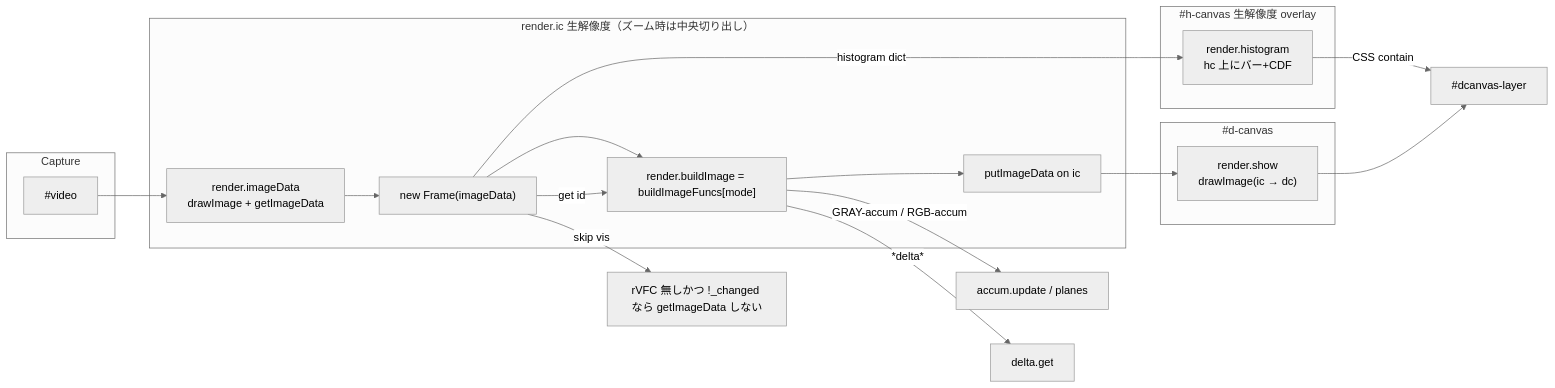
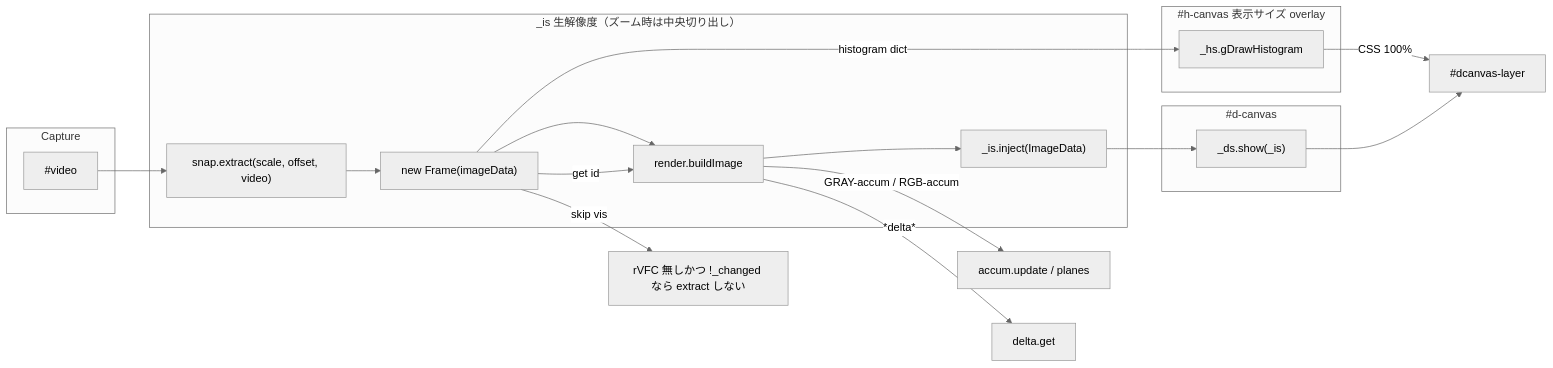
Before and after one commit to mfujimoto-code/JSCam: the second of 4 diagrams in jscam/cam2-design.md, drawn with Mermaid (neutral theme). The commit also changed other lines of this file and 1 other file, not shown here.

````diff
--- a/jscam/cam2-design.md
+++ b/jscam/cam2-design.md
@@ -234,32 +237,32 @@
 ```mermaid
 flowchart LR
   subgraph Capture
     V["#video"]
   end
 
-  subgraph Internal["render.ic 生解像度（ズーム時は中央切り出し）"]
-    GI["render.imageData<br/>drawImage + getImageData"]
+  subgraph Internal["_is 生解像度（ズーム時は中央切り出し）"]
+    GI["snap.extract(scale, offset, video)"]
     FR["new Frame(imageData)"]
-    BI["render.buildImage = buildImageFuncs[mode]"]
-    PI["putImageData on ic"]
+    BI["render.buildImage"]
+    PI["_is.inject(ImageData)"]
   end
 
-  subgraph Overlay["#h-canvas 生解像度 overlay"]
-    HG["render.histogram<br/>hc 上にバー+CDF"]
+  subgraph Overlay["#h-canvas 表示サイズ overlay"]
+    HG["_hs.gDrawHistogram"]
   end
 
   subgraph Display["#d-canvas"]
-    SH["render.show<br/>drawImage(ic → dc)"]
+    SH["_ds.show(_is)"]
   end
 
   V --> GI --> FR
   FR --> BI
   BI --> PI --> SH
   FR -->|get id| BI
   FR -->|histogram dict| HG
   BI -->|GRAY-accum / RGB-accum| AccumObj["accum.update / planes"]
   BI -->|*delta*| DeltaObj["delta.get"]
-  FR -->|skip vis| Skip["rVFC 無しかつ !_changed なら getImageData しない"]
-  HG -->|CSS contain| Layer["#dcanvas-layer"]
+  FR -->|skip vis| Skip["rVFC 無しかつ !_changed なら extract しない"]
+  HG -->|CSS 100%| Layer["#dcanvas-layer"]
   SH --> Layer
 ```
````
